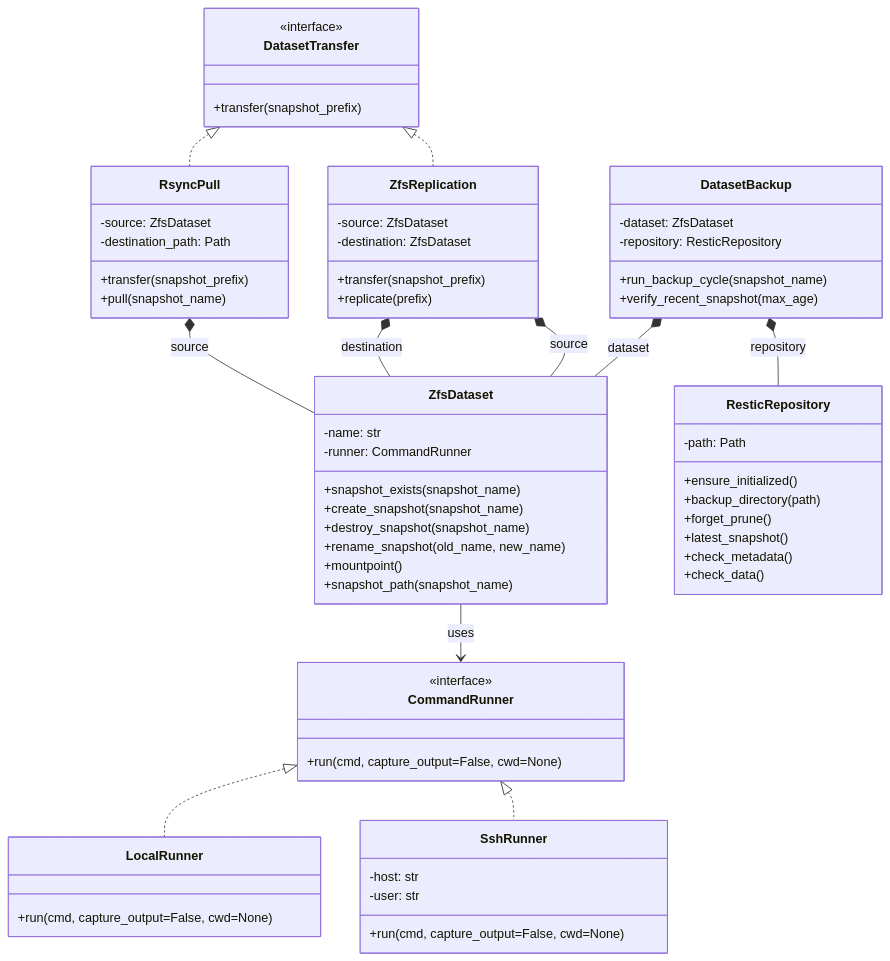
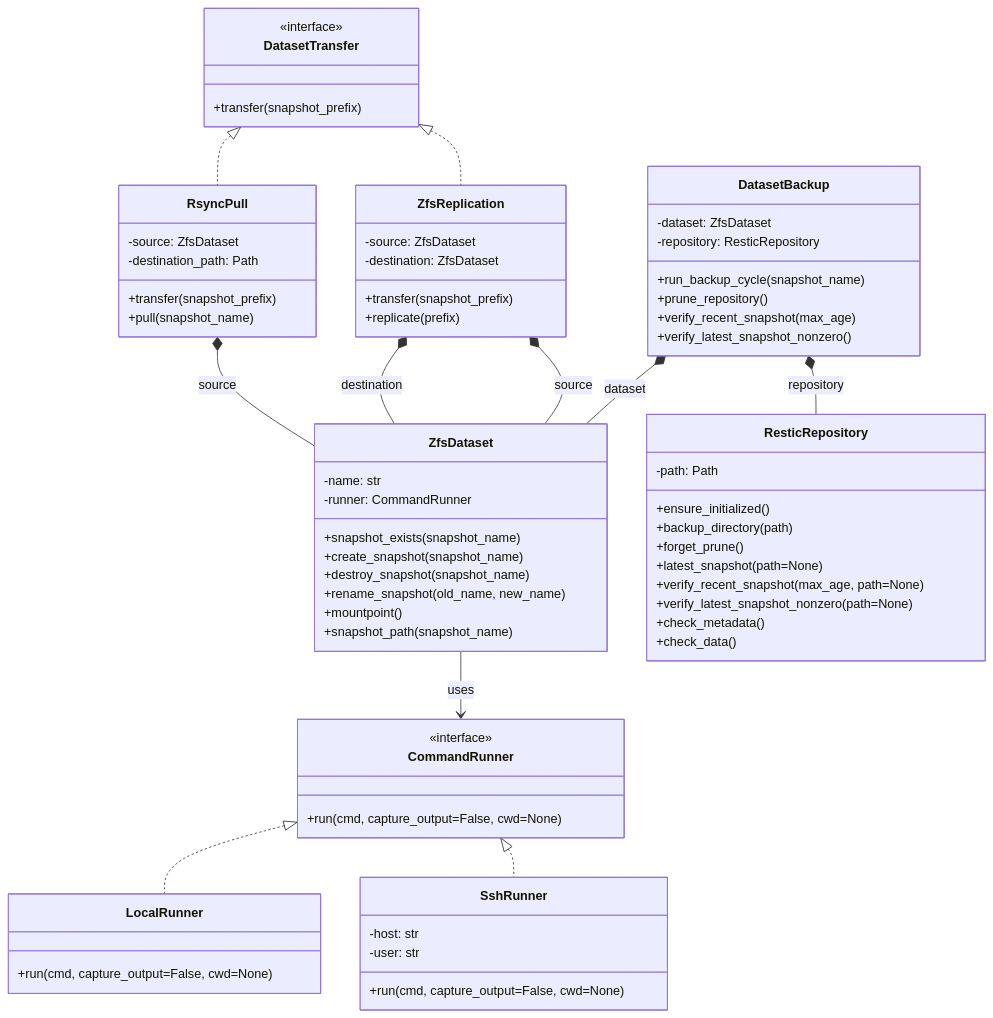
The diagram in python/homelab-backup/docs/design.md (franco-ruggeri/nix-config), drawn with Mermaid before and after one commit. The commit also changed other lines of this file and 7 other files, not shown here.

````diff
--- a/python/homelab-backup/docs/design.md
+++ b/python/homelab-backup/docs/design.md
@@ -5,76 +5,80 @@
 ```mermaid
 classDiagram
   class CommandRunner {
     <<interface>>
     +run(cmd, capture_output=False, cwd=None)
   }
 
   class LocalRunner {
     +run(cmd, capture_output=False, cwd=None)
   }
 
   class SshRunner {
     -host: str
     -user: str
     +run(cmd, capture_output=False, cwd=None)
   }
 
   class ZfsDataset {
     -name: str
     -runner: CommandRunner
     +snapshot_exists(snapshot_name)
     +create_snapshot(snapshot_name)
     +destroy_snapshot(snapshot_name)
     +rename_snapshot(old_name, new_name)
     +mountpoint()
     +snapshot_path(snapshot_name)
   }
 
   class ResticRepository {
     -path: Path
     +ensure_initialized()
     +backup_directory(path)
     +forget_prune()
-    +latest_snapshot()
+    +latest_snapshot(path=None)
+    +verify_recent_snapshot(max_age, path=None)
+    +verify_latest_snapshot_nonzero(path=None)
     +check_metadata()
     +check_data()
   }
 
   class DatasetBackup {
     -dataset: ZfsDataset
     -repository: ResticRepository
     +run_backup_cycle(snapshot_name)
+    +prune_repository()
     +verify_recent_snapshot(max_age)
+    +verify_latest_snapshot_nonzero()
   }
 
   class DatasetTransfer {
     <<interface>>
     +transfer(snapshot_prefix)
   }
 
   class ZfsReplication {
     -source: ZfsDataset
     -destination: ZfsDataset
     +transfer(snapshot_prefix)
     +replicate(prefix)
   }
 
   class RsyncPull {
     -source: ZfsDataset
     -destination_path: Path
     +transfer(snapshot_prefix)
     +pull(snapshot_name)
   }
 
   CommandRunner <|.. LocalRunner
   CommandRunner <|.. SshRunner
   DatasetTransfer <|.. ZfsReplication
   DatasetTransfer <|.. RsyncPull
 
   ZfsDataset --> CommandRunner : uses
   DatasetBackup *-- ZfsDataset : dataset
   DatasetBackup *-- ResticRepository : repository
   ZfsReplication *-- ZfsDataset : source
   ZfsReplication *-- ZfsDataset : destination
   RsyncPull *-- ZfsDataset : source
 ```
````
